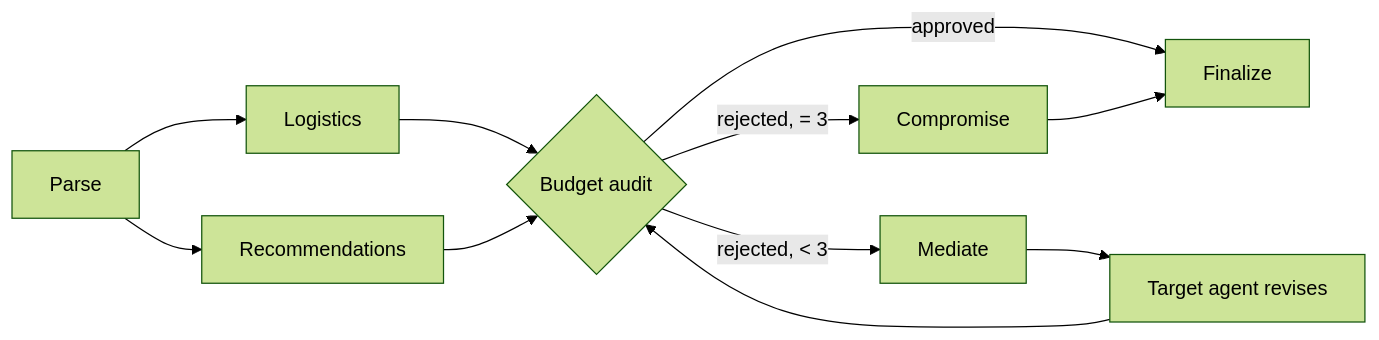
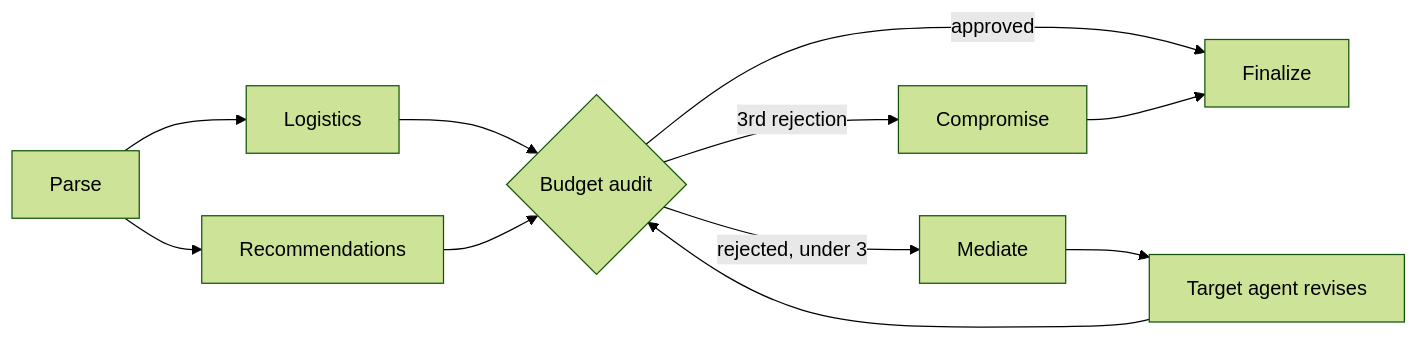
The diagram in docs/context.md (AryanPandey17/Roamly), drawn with Mermaid (forest theme) before and after one commit. The commit also changed 1 other file, not shown here.

Commit message:
docs: fix Mermaid syntax in diagrams

````diff
--- a/docs/context.md
+++ b/docs/context.md
@@ -174,8 +174,8 @@
 ```mermaid
 flowchart LR
   P[Parse] --> L[Logistics] & R[Recommendations]
   L & R --> B{Budget audit}
   B -- approved --> F[Finalize]
-  B -- "rejected, < 3" --> M[Mediate] --> X[Target agent revises] --> B
-  B -- "rejected, = 3" --> C[Compromise] --> F
+  B -- "rejected, under 3" --> M[Mediate] --> X[Target agent revises] --> B
+  B -- "3rd rejection" --> C[Compromise] --> F
 ```
````
